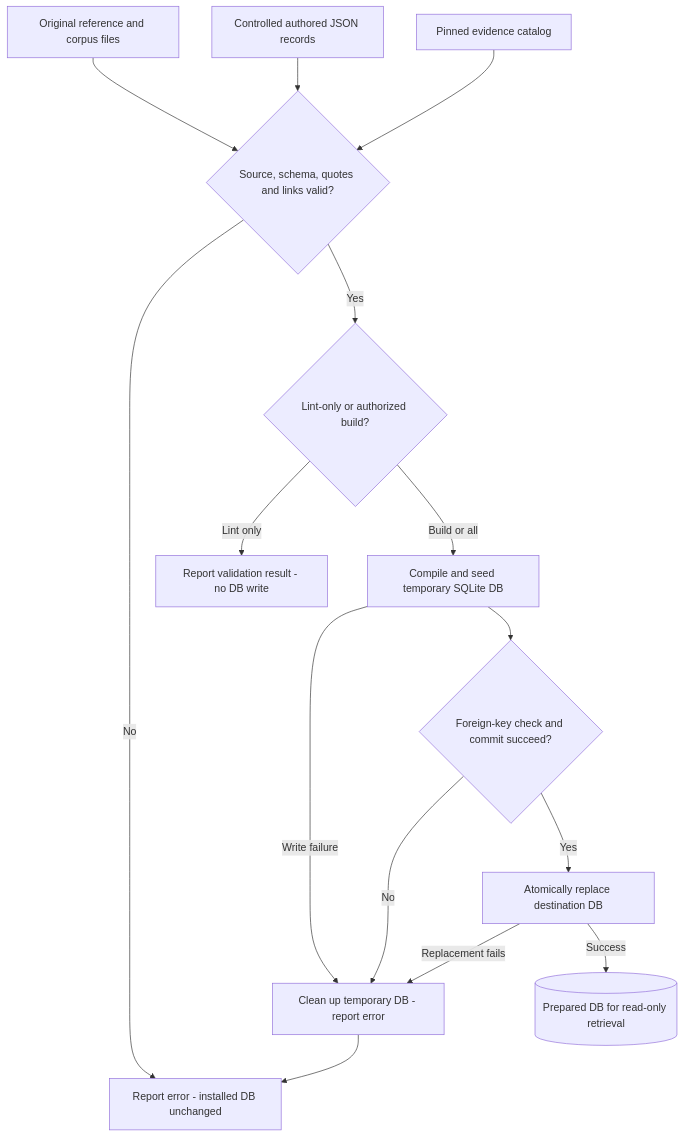
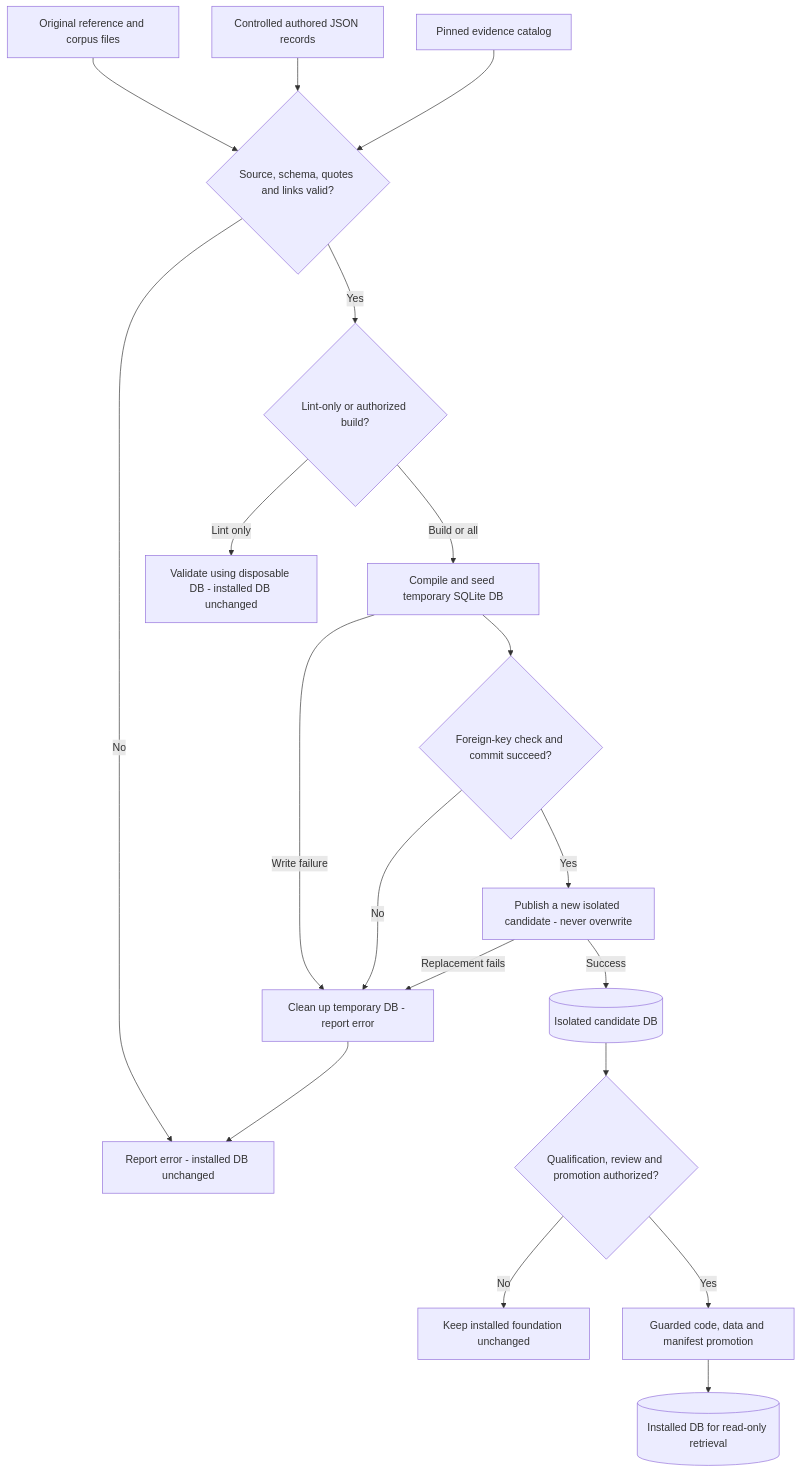
Before and after one commit to dills122/ask-formly: the first of 4 diagrams in README.md, drawn with Mermaid. The commit also changed other lines of this file and 123 other files, not shown here.

````diff
--- a/README.md
+++ b/README.md
@@ -60,18 +60,22 @@
 ```mermaid
 flowchart TD
     Origins[Original reference and corpus files] --> Validate
     Authored[Controlled authored JSON records] --> Validate
     Catalog[Pinned evidence catalog] --> Validate
     Validate{Source, schema, quotes and links valid?}
     Validate -->|No| Stop[Report error - installed DB unchanged]
     Validate -->|Yes| Mode{Lint-only or authorized build?}
-    Mode -->|Lint only| Lint[Report validation result - no DB write]
+    Mode -->|Lint only| Lint[Validate using disposable DB - installed DB unchanged]
     Mode -->|Build or all| Temp[Compile and seed temporary SQLite DB]
     Temp -->|Write failure| Cleanup[Clean up temporary DB - report error]
     Temp --> Check{Foreign-key check and commit succeed?}
     Check -->|No| Cleanup
-    Check -->|Yes| Replace[Atomically replace destination DB]
+    Check -->|Yes| Replace[Publish a new isolated candidate - never overwrite]
     Replace -->|Replacement fails| Cleanup
-    Replace -->|Success| Ready[(Prepared DB for read-only retrieval)]
+    Replace -->|Success| Candidate[(Isolated candidate DB)]
+    Candidate --> Review{Qualification, review and promotion authorized?}
+    Review -->|No| Retain[Keep installed foundation unchanged]
+    Review -->|Yes| Promote[Guarded code, data and manifest promotion]
+    Promote --> Ready[(Installed DB for read-only retrieval)]
     Cleanup --> Stop
 ```
````
